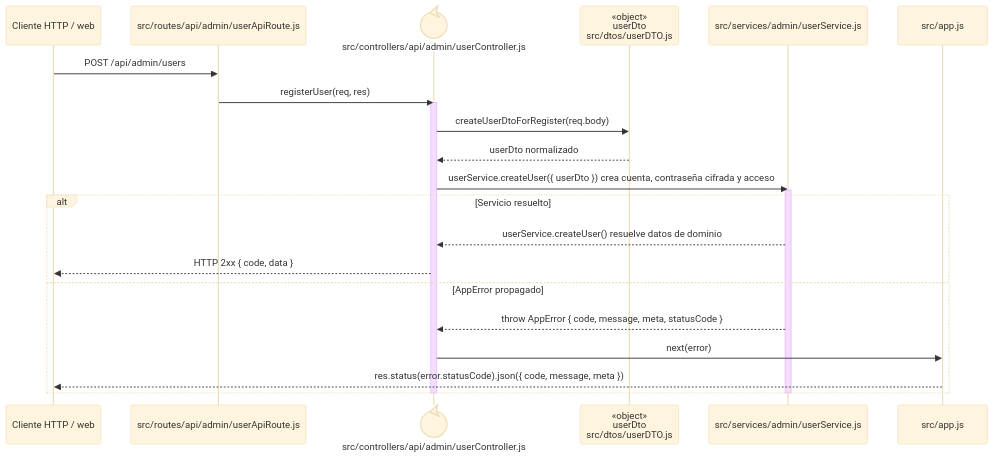
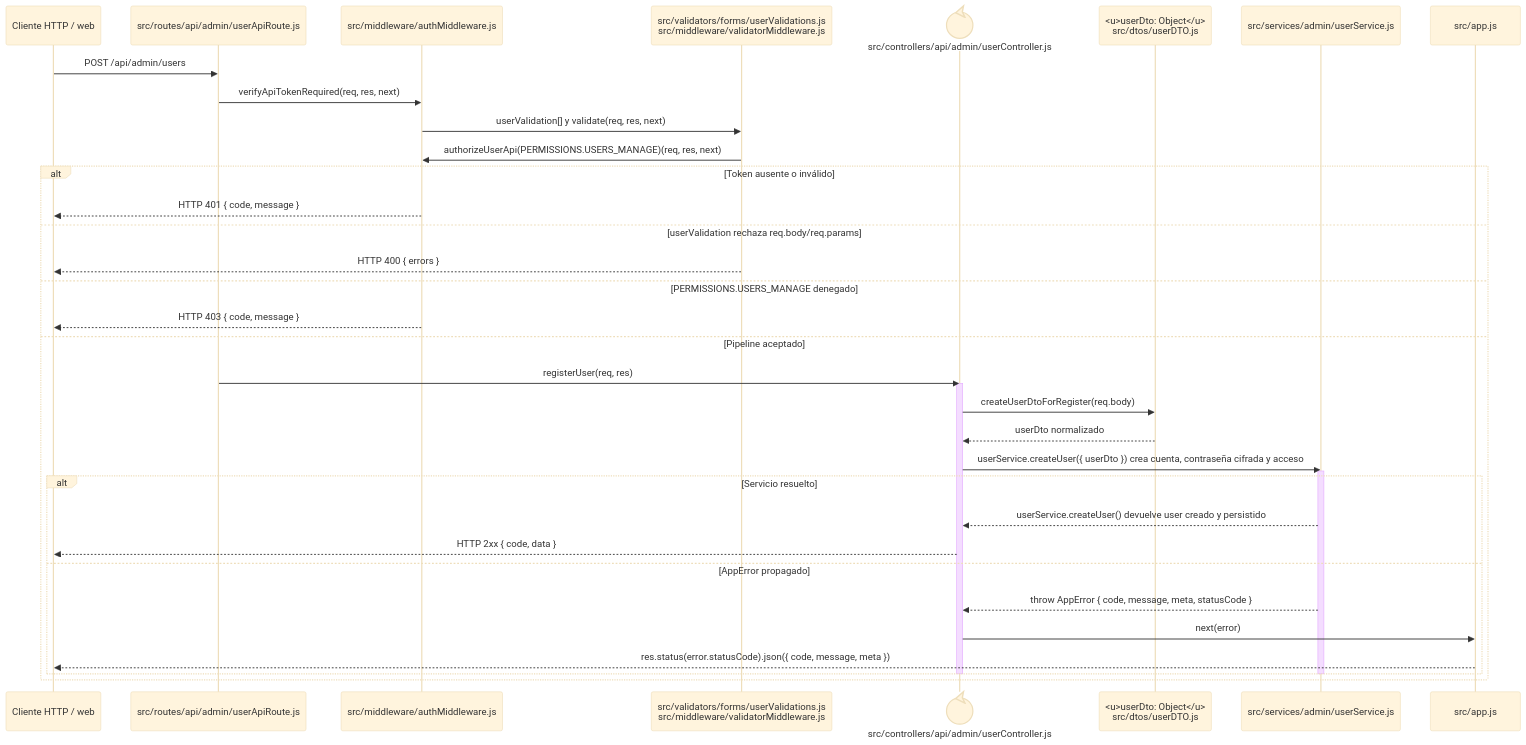
The diagram in docs/architecture/backend-code-sequences/identity-access/cu-ida-06.md (gpgsistemas01/nexus), drawn with Mermaid (base theme) before and after one commit. The commit also changed 102 other files, not shown here.

````diff
--- a/docs/architecture/backend-code-sequences/identity-access/cu-ida-06.md
+++ b/docs/architecture/backend-code-sequences/identity-access/cu-ida-06.md
@@ -6,27 +6,40 @@
 ```mermaid
 sequenceDiagram
     participant Client as Cliente HTTP / web
     participant Route as src/routes/api/admin/userApiRoute.js
+    participant Auth as src/middleware/authMiddleware.js
+    participant Validator as src/validators/forms/userValidations.js<br/>src/middleware/validatorMiddleware.js
     participant Controller@{ "type": "control" } as src/controllers/api/admin/userController.js
-    participant UserDto as «object»<br/>userDto<br/>src/dtos/userDTO.js
+    participant UserDto as <u>userDto: Object</u><br/>src/dtos/userDTO.js
     participant Domain as src/services/admin/userService.js
     participant ErrorHandler as src/app.js
 
     Client->>Route: POST /api/admin/users
-    Route->>Controller: registerUser(req, res)
-    activate Controller
-    Controller->>UserDto: createUserDtoForRegister(req.body)
-    UserDto-->>Controller: userDto normalizado
-    Controller->>Domain: userService.createUser({ userDto }) crea cuenta, contraseña cifrada y acceso
-    activate Domain
-    alt Servicio resuelto
-        Domain-->>Controller: userService.createUser() resuelve datos de dominio
-        Controller-->>Client: HTTP 2xx { code, data }
-    else AppError propagado
-        Domain-->>Controller: throw AppError { code, message, meta, statusCode }
-        Controller->>ErrorHandler: next(error)
-        ErrorHandler-->>Client: res.status(error.statusCode).json({ code, message, meta })
+    Route->>Auth: verifyApiTokenRequired(req, res, next)
+    Auth->>Validator: userValidation[] y validate(req, res, next)
+    Validator->>Auth: authorizeUserApi(PERMISSIONS.USERS_MANAGE)(req, res, next)
+    alt Token ausente o inválido
+        Auth-->>Client: HTTP 401 { code, message }
+    else userValidation rechaza req.body/req.params
+        Validator-->>Client: HTTP 400 { errors }
+    else PERMISSIONS.USERS_MANAGE denegado
+        Auth-->>Client: HTTP 403 { code, message }
+    else Pipeline aceptado
+        Route->>Controller: registerUser(req, res)
+        activate Controller
+        Controller->>UserDto: createUserDtoForRegister(req.body)
+        UserDto-->>Controller: userDto normalizado
+        Controller->>Domain: userService.createUser({ userDto }) crea cuenta, contraseña cifrada y acceso
+        activate Domain
+        alt Servicio resuelto
+            Domain-->>Controller: userService.createUser() devuelve user creado y persistido
+            Controller-->>Client: HTTP 2xx { code, data }
+        else AppError propagado
+            Domain-->>Controller: throw AppError { code, message, meta, statusCode }
+            Controller->>ErrorHandler: next(error)
+            ErrorHandler-->>Client: res.status(error.statusCode).json({ code, message, meta })
+        end
+        deactivate Domain
+        deactivate Controller
     end
-    deactivate Domain
-    deactivate Controller
 ```
````
